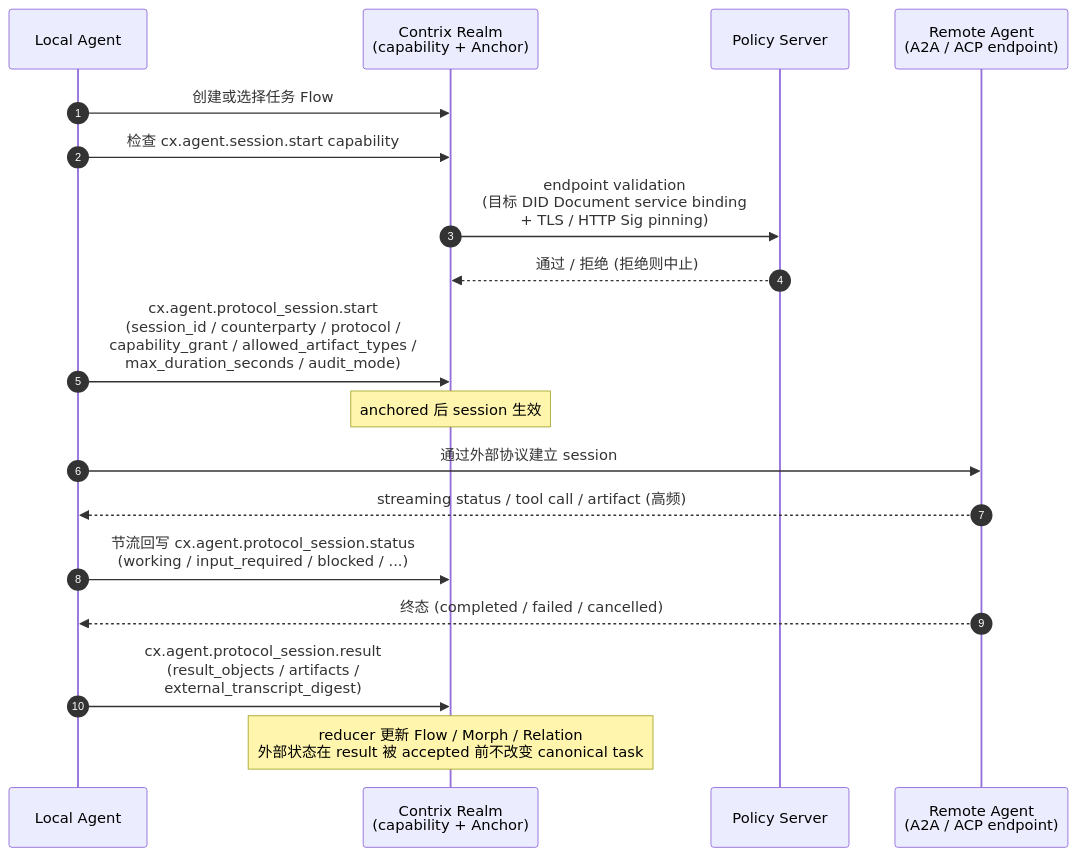
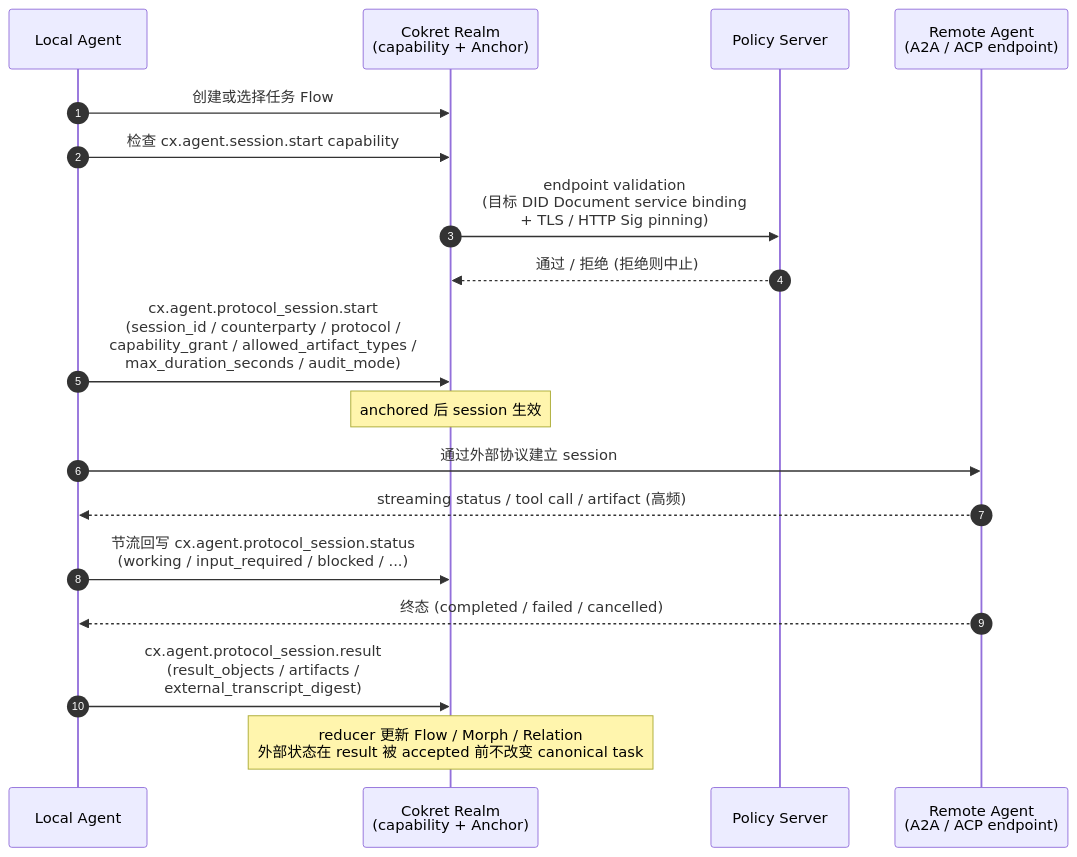
Before and after one commit to arkret-org/arkret-spec: the diagram in spec/v1/zh/extensions/agent-protocol-interop.md, drawn with Mermaid. The commit also changed other lines of this file and 217 other files, not shown here.

Commit message:
rename contrix to cokret

````diff
--- a/spec/v1/zh/extensions/agent-protocol-interop.md
+++ b/spec/v1/zh/extensions/agent-protocol-interop.md
@@ -238,23 +238,23 @@
 ```mermaid
 sequenceDiagram
     autonumber
     participant LocalAg as Local Agent
-    participant Cx as Contrix Realm<br>(capability + Anchor)
+    participant Cx as Cokret Realm<br>(capability + Anchor)
     participant Pol as Policy Server
     participant Remote as Remote Agent<br>(A2A / ACP endpoint)
 
     LocalAg->>Cx: 创建或选择任务 Flow
     LocalAg->>Cx: 检查 cx.agent.session.start capability
     Cx->>Pol: endpoint validation<br>(目标 DID Document service binding<br> + TLS / HTTP Sig pinning)
     Pol-->>Cx: 通过 / 拒绝 (拒绝则中止)
     LocalAg->>Cx: cx.agent.protocol_session.start<br>(session_id / counterparty / protocol /<br> capability_grant / allowed_artifact_types /<br> max_duration_seconds / audit_mode)
     note over Cx: anchored 后 session 生效
 
     LocalAg->>Remote: 通过外部协议建立 session
     Remote-->>LocalAg: streaming status / tool call / artifact (高频)
     LocalAg->>Cx: 节流回写 cx.agent.protocol_session.status<br>(working / input_required / blocked / ...)
 
     Remote-->>LocalAg: 终态 (completed / failed / cancelled)
     LocalAg->>Cx: cx.agent.protocol_session.result<br>(result_objects / artifacts /<br> external_transcript_digest)
     note over Cx: reducer 更新 Flow / Morph / Relation<br>外部状态在 result 被 accepted 前不改变 canonical task
 ```
````
